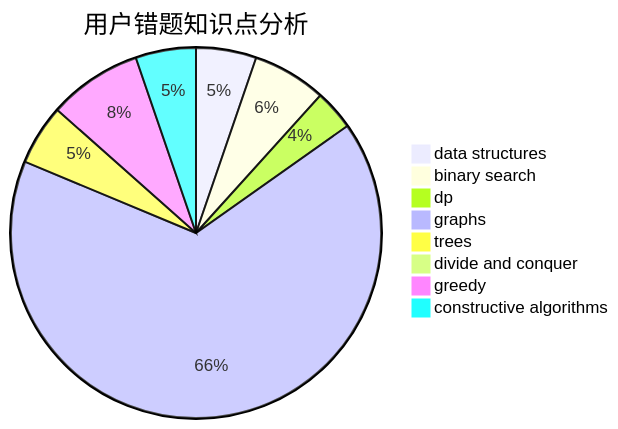
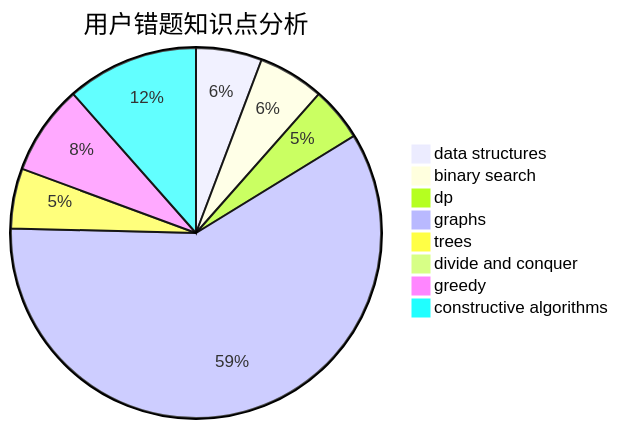
The third of 3 diagrams in docs/user/u987.md (sherpahu/cfrs.github.io), drawn with Mermaid before and after one commit. The commit also changed other lines of this file and 2770 other files, not shown here.

````diff
--- a/docs/user/u987.md
+++ b/docs/user/u987.md
@@ -36,11 +36,11 @@
 ```mermaid
 pie title 用户错题知识点分析
-    "data structures" :  9
+    "data structures" :  11
     "binary search" :  11
-    "dp" :  6
+    "dp" :  9
     "graphs" :  113
-    "trees" :  9
+    "trees" :  10
     "divide and conquer" :  0
-    "greedy" :  14
-    "constructive algorithms" :  9
+    "greedy" :  15
+    "constructive algorithms" :  22
 ```
````
